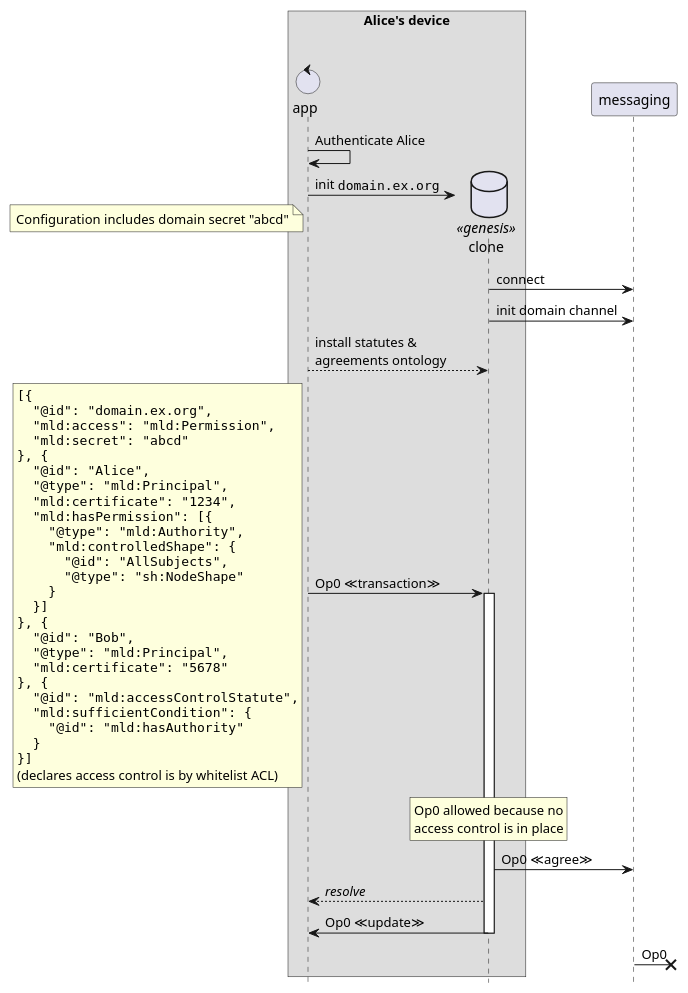
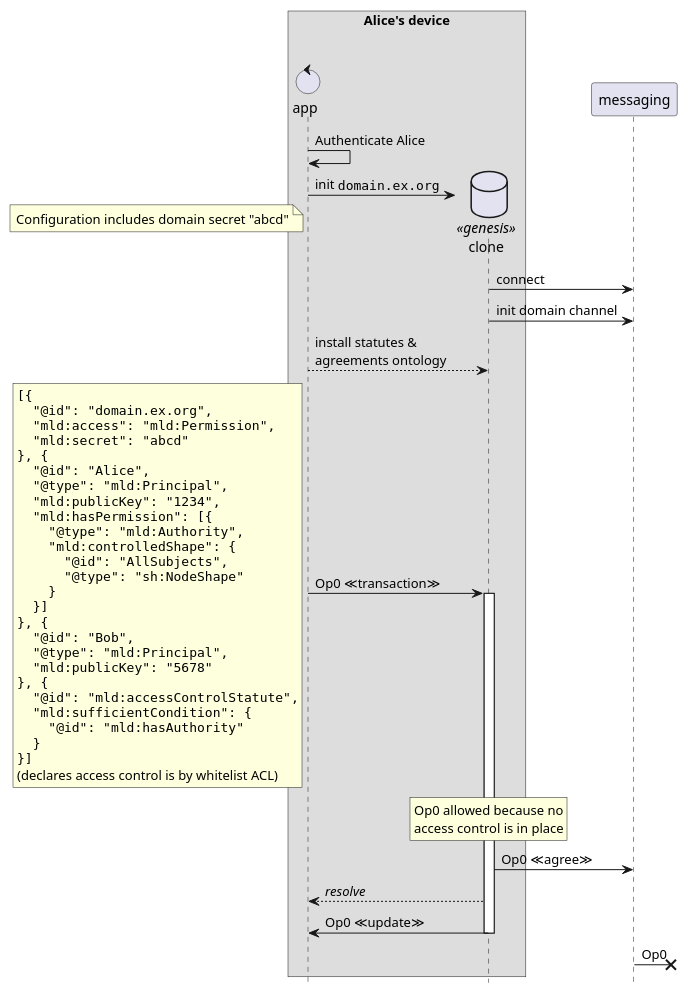
One commit to m-ld/m-ld-security-spec changed the diagram in design/1-genesis-alice.seq.puml. Above: the diagram before and after it, drawn with PlantUML. The commit also changed 8 other files, not shown here.

```diff
--- a/design/1-genesis-alice.seq.puml
+++ b/design/1-genesis-alice.seq.puml
@@ -1,62 +1,62 @@
 @startuml
 'https://plantuml.com/sequence-diagram
 hide footbox
 
 box Alice's device
 control "app" as proc1
 database "clone" as genesis << genesis >>
 end box
 
 proc1 -> proc1: Authenticate Alice
 proc1 -> genesis **: init ""domain.ex.org""
 note left
 Configuration includes domain secret "abcd"
 end note
 genesis -> messaging : connect
 genesis -> messaging : init domain channel
 
 proc1 --> genesis: install statutes &\nagreements ontology
 
 proc1 -> genesis ++: Op0 ≪transaction≫
 rnote left
 <code>
 [{
   "@id": "domain.ex.org",
   "mld:access": "mld:Permission",
   "mld:secret": "abcd"
 }, {
   "@id": "Alice",
   "@type": "mld:Principal",
-  "mld:certificate": "1234",
+  "mld:publicKey": "1234",
   "mld:hasPermission": [{
     "@type": "mld:Authority",
     "mld:controlledShape": {
       "@id": "AllSubjects",
       "@type": "sh:NodeShape"
     }
   }]
 }, {
   "@id": "Bob",
   "@type": "mld:Principal",
-  "mld:certificate": "5678"
+  "mld:publicKey": "5678"
 }, {
   "@id": "mld:accessControlStatute",
   "mld:sufficientCondition": {
     "@id": "mld:hasAuthority"
   }
 }]
 </code>
 (declares access control is by whitelist ACL)
 end note
 
 rnote over genesis
 Op0 allowed because no
 access control is in place
 end note
 
 genesis -> messaging: Op0 ≪agree≫
 genesis --> proc1: //resolve//
 genesis -> proc1 --: Op0 ≪update≫
 messaging ->x] : Op0
 
 @enduml
```
